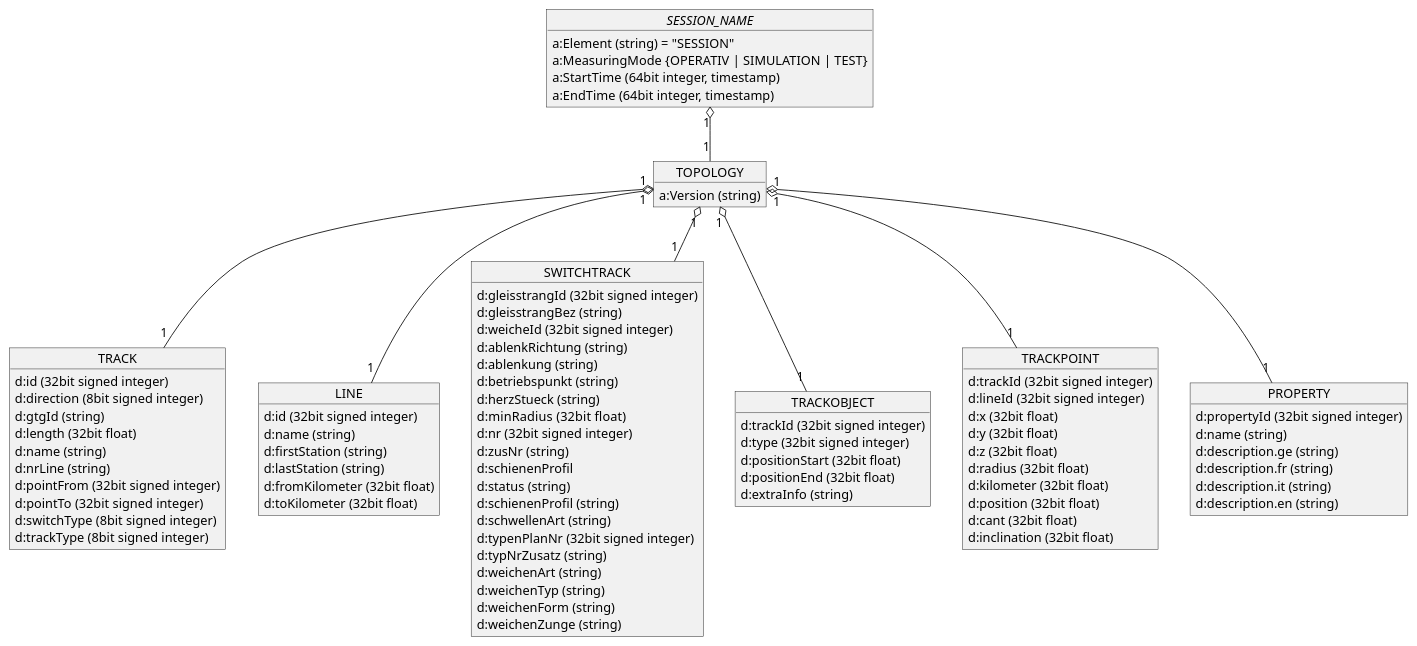
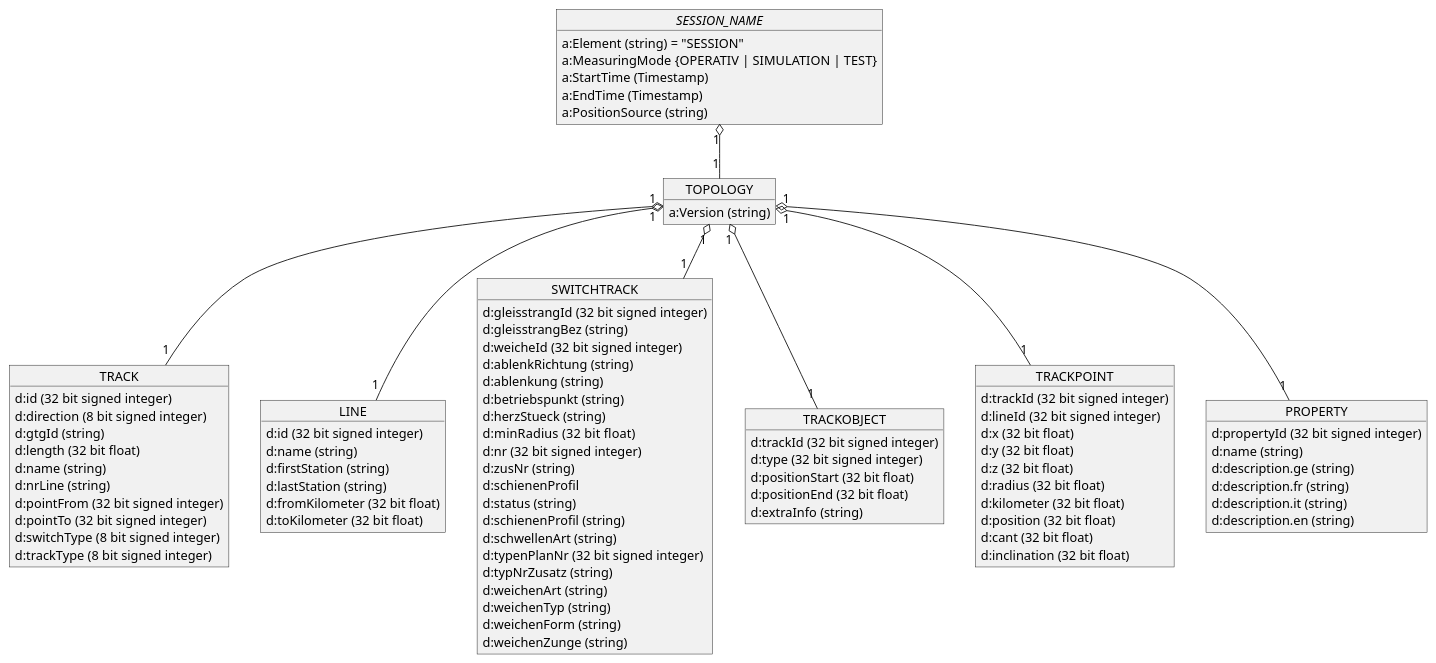
One commit to OpenRailAssociation/rcm-dx changed the fourth of 9 diagrams in images/RCM-DX_images.puml. Above: the diagram before and after it, drawn with PlantUML. The commit also changed other lines of this file and 1 other file, not shown here.

```diff
--- a/images/RCM-DX_images.puml
+++ b/images/RCM-DX_images.puml
@@ -215,98 +220,99 @@
 @startuml RCM_DX_Topology_overview
 
   object "//SESSION_NAME//" as session_name {
     a:Element (string) = "SESSION"
     a:MeasuringMode {OPERATIV | SIMULATION | TEST}
-    a:StartTime (64bit integer, timestamp)
-    a:EndTime (64bit integer, timestamp)
+    a:StartTime (Timestamp)
+    a:EndTime (Timestamp)
+    a:PositionSource (string)
   }
 
   object TOPOLOGY {
     a:Version (string)
   }
 
   object TRACK {
-    d:id (32bit signed integer)
-    d:direction (8bit signed integer)
+    d:id (32 bit signed integer)
+    d:direction (8 bit signed integer)
     d:gtgId (string)
-    d:length (32bit float)
+    d:length (32 bit float)
     d:name (string)
     d:nrLine (string)
-    d:pointFrom (32bit signed integer)
-    d:pointTo (32bit signed integer)
-    d:switchType (8bit signed integer)
-    d:trackType (8bit signed integer)
+    d:pointFrom (32 bit signed integer)
+    d:pointTo (32 bit signed integer)
+    d:switchType (8 bit signed integer)
+    d:trackType (8 bit signed integer)
   }
 
   object LINE {
-    d:id (32bit signed integer)
+    d:id (32 bit signed integer)
     d:name (string)
     d:firstStation (string)
     d:lastStation (string)
-    d:fromKilometer (32bit float)
-    d:toKilometer (32bit float)
+    d:fromKilometer (32 bit float)
+    d:toKilometer (32 bit float)
   }
 
   object SWITCHTRACK {
-    d:gleisstrangId (32bit signed integer)
+    d:gleisstrangId (32 bit signed integer)
     d:gleisstrangBez (string)
-    d:weicheId (32bit signed integer)
+    d:weicheId (32 bit signed integer)
     d:ablenkRichtung (string)
     d:ablenkung (string)
     d:betriebspunkt (string)
     d:herzStueck (string)
-    d:minRadius  (32bit float)
-    d:nr (32bit signed integer)
+    d:minRadius  (32 bit float)
+    d:nr (32 bit signed integer)
     d:zusNr (string)
     d:schienenProfil
     d:status (string)
     d:schienenProfil (string)
     d:schwellenArt (string)
-    d:typenPlanNr (32bit signed integer)
+    d:typenPlanNr (32 bit signed integer)
     d:typNrZusatz (string)
     d:weichenArt (string)
     d:weichenTyp (string)
     d:weichenForm (string)
     d:weichenZunge (string)
   }
 
   object TRACKOBJECT {
-    d:trackId (32bit signed integer)
-    d:type (32bit signed integer)
-    d:positionStart (32bit float)
-    d:positionEnd (32bit float)
+    d:trackId (32 bit signed integer)
+    d:type (32 bit signed integer)
+    d:positionStart (32 bit float)
+    d:positionEnd (32 bit float)
     d:extraInfo (string)
   }
 
   object TRACKPOINT {
-    d:trackId (32bit signed integer)
-    d:lineId (32bit signed integer)
-    d:x (32bit float)
-    d:y (32bit float)
-    d:z (32bit float)
-    d:radius (32bit float)
-    d:kilometer (32bit float)
-    d:position (32bit float)
-    d:cant (32bit float)
-    d:inclination (32bit float)
+    d:trackId (32 bit signed integer)
+    d:lineId (32 bit signed integer)
+    d:x (32 bit float)
+    d:y (32 bit float)
+    d:z (32 bit float)
+    d:radius (32 bit float)
+    d:kilometer (32 bit float)
+    d:position (32 bit float)
+    d:cant (32 bit float)
+    d:inclination (32 bit float)
   }
 
   object PROPERTY {
-    d:propertyId (32bit signed integer)
+    d:propertyId (32 bit signed integer)
     d:name (string)
     d:description.ge (string)
     d:description.fr (string)
     d:description.it (string)
     d:description.en (string)
   }
 
   session_name "1" o-- "1" TOPOLOGY
 
   TOPOLOGY "1" o-- "1" TRACK
   TOPOLOGY "1" o-- "1" LINE
   TOPOLOGY "1" o-- "1" SWITCHTRACK
   TOPOLOGY "1" o-- "1" TRACKOBJECT
   TOPOLOGY "1" o-- "1" TRACKPOINT
   TOPOLOGY "1" o-- "1" PROPERTY
 
 @enduml
```
